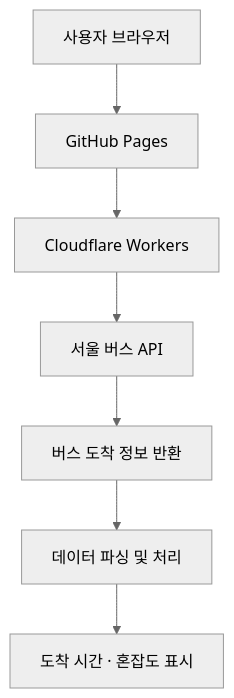
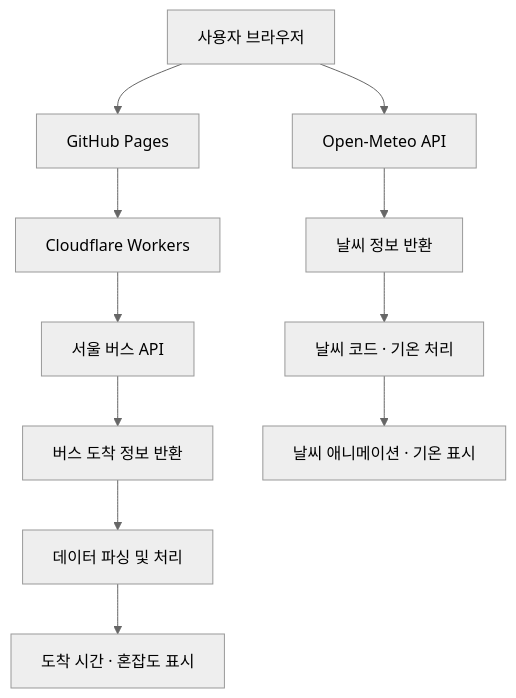
One commit to harteh/seoul-bus-check changed the diagram in README.md. Above: the diagram before and after it, drawn with Mermaid (neutral theme). The commit also changed other lines of this file, not shown here.

````diff
--- a/README.md
+++ b/README.md
@@ -38,9 +46,14 @@
 ```mermaid
 flowchart TD
     A["사용자 브라우저"] --> B["GitHub Pages"]
     B --> C["Cloudflare Workers"]
     C --> D["서울 버스 API"]
     D --> E["버스 도착 정보 반환"]
     E --> F["데이터 파싱 및 처리"]
     F --> G["도착 시간 · 혼잡도 표시"]
+
+    A --> H["Open-Meteo API"]
+    H --> I["날씨 정보 반환"]
+    I --> J["날씨 코드 · 기온 처리"]
+    J --> K["날씨 애니메이션 · 기온 표시"]
 ```
````
